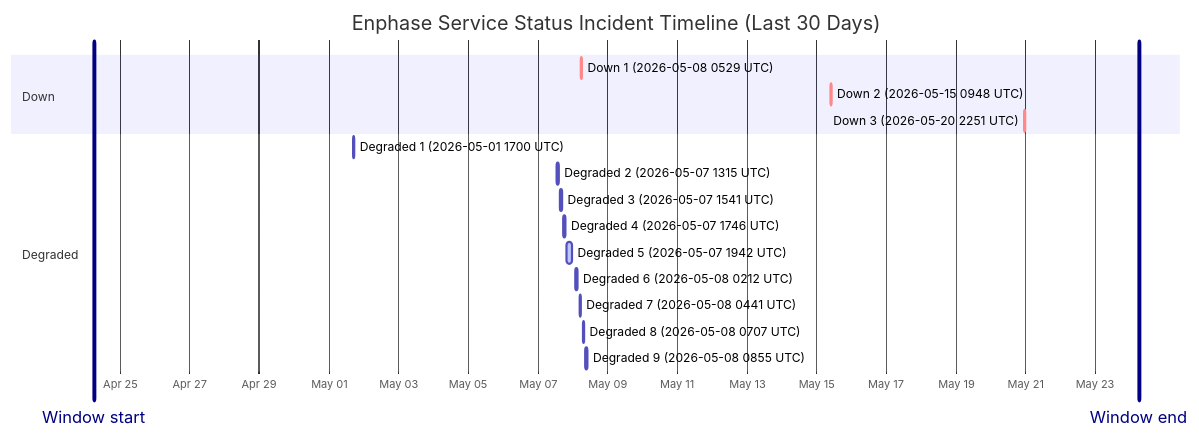
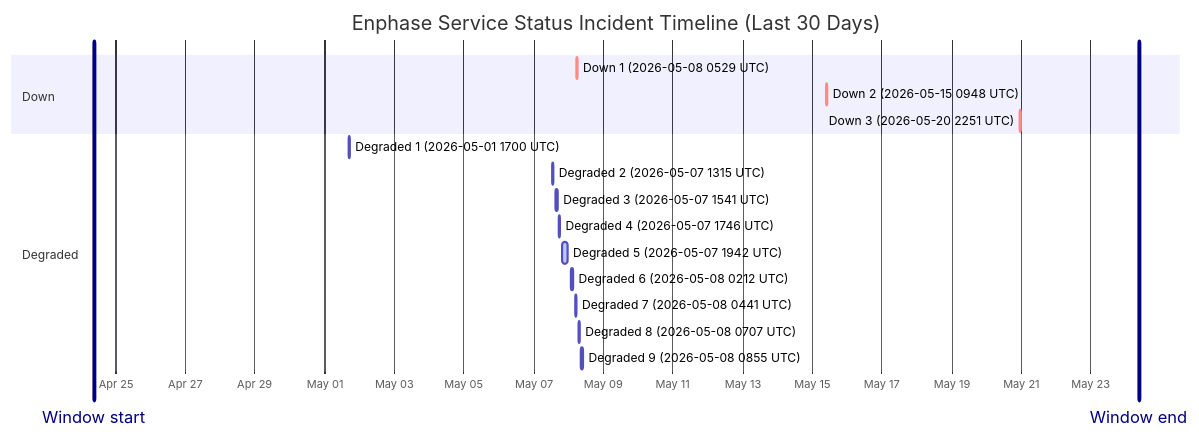
The diagram in wiki/Service-Status-History.md (barneyonline/ha-enphase-ev-charger), drawn with Mermaid before and after one commit. The commit also changed other lines of this file and 3 other files, not shown here.

````diff
--- a/wiki/Service-Status-History.md
+++ b/wiki/Service-Status-History.md
@@ -14,22 +14,22 @@
 ```mermaid
 gantt
     title Enphase Service Status Incident Timeline (Last 30 Days)
     dateFormat  YYYY-MM-DDTHH:mm:ss
     axisFormat  %b %d
-    Window start :vert, window-start, 2026-04-24T06:00:43, 0ms
-    Window end :vert, window-end, 2026-05-24T06:00:43, 0ms
+    Window start :vert, window-start, 2026-04-24T09:04:47, 0ms
+    Window end :vert, window-end, 2026-05-24T09:04:47, 0ms
     section Down
     Down 1 (2026-05-08 0529 UTC) :crit, down-1, 2026-05-08T05:29:47, 60m
     Down 2 (2026-05-15 0948 UTC) :crit, down-2, 2026-05-15T09:48:18, 60m
     Down 3 (2026-05-20 2251 UTC) :crit, down-3, 2026-05-20T22:51:14, 75m
     section Degraded
     Degraded 1 (2026-05-01 1700 UTC) :active, degraded-1, 2026-05-01T17:00:22, 60m
     Degraded 2 (2026-05-07 1315 UTC) :active, degraded-2, 2026-05-07T13:15:25, 60m
     Degraded 3 (2026-05-07 1541 UTC) :active, degraded-3, 2026-05-07T15:41:58, 60m
     Degraded 4 (2026-05-07 1746 UTC) :active, degraded-4, 2026-05-07T17:46:51, 60m
     Degraded 5 (2026-05-07 1942 UTC) :active, degraded-5, 2026-05-07T19:42:10, 249m
     Degraded 6 (2026-05-08 0212 UTC) :active, degraded-6, 2026-05-08T02:12:39, 60m
     Degraded 7 (2026-05-08 0441 UTC) :active, degraded-7, 2026-05-08T04:41:46, 60m
     Degraded 8 (2026-05-08 0707 UTC) :active, degraded-8, 2026-05-08T07:07:30, 60m
     Degraded 9 (2026-05-08 0855 UTC) :active, degraded-9, 2026-05-08T08:55:20, 88m
 ```
````
